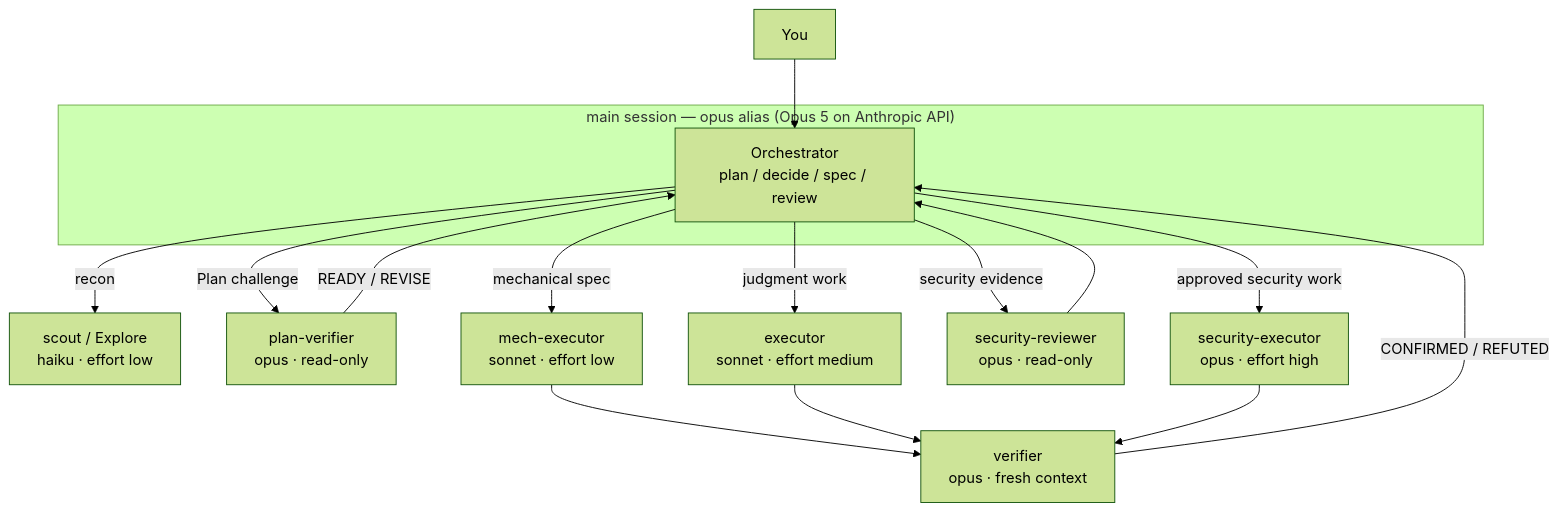
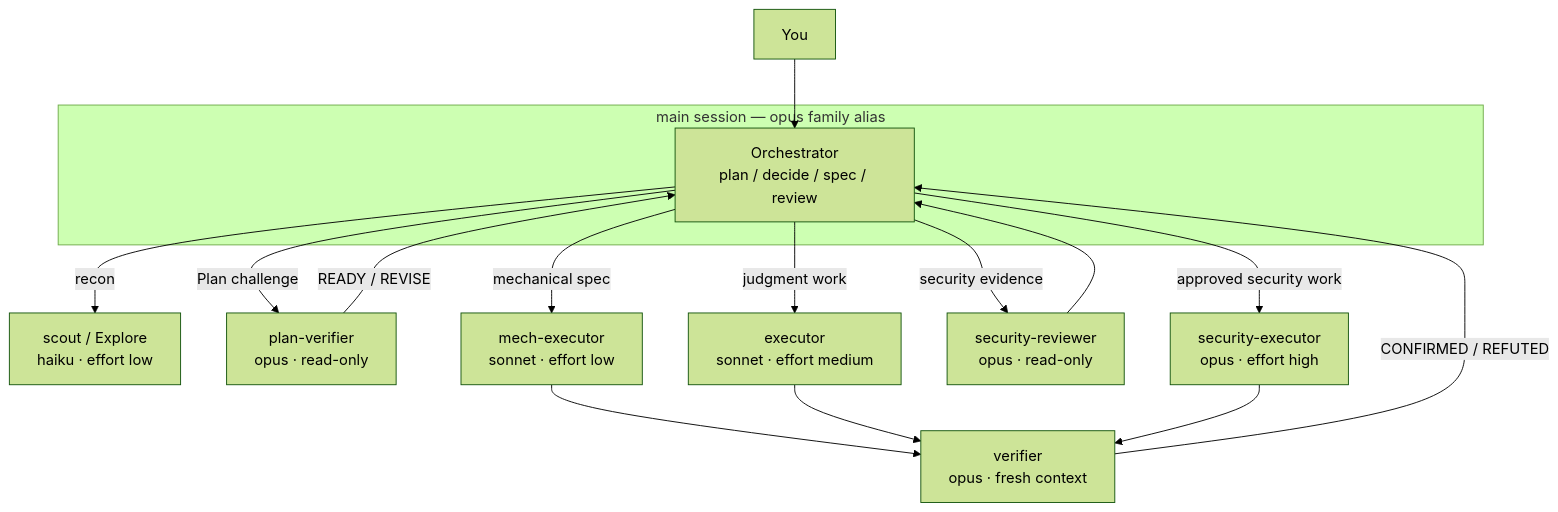
The diagram in README.md (Nanako0129/pilotfish), drawn with Mermaid (forest theme) before and after one commit. The commit also changed other lines of this file and 9 other files, not shown here.

First line of the commit message:
docs(config): bound Opus alias routing claims

````diff
--- a/README.md
+++ b/README.md
@@ -62,19 +62,19 @@
 ```mermaid
 flowchart TD
     U[You] --> O
-    subgraph MAIN["main session — opus alias (Opus 5 on Anthropic API)"]
+    subgraph MAIN["main session — opus family alias"]
         O["Orchestrator<br>plan / decide / spec / review"]
     end
     O -->|recon| S["scout / Explore<br>haiku · effort low"]
     O -->|Plan challenge| PV["plan-verifier<br>opus · read-only"]
     PV -->|READY / REVISE| O
     O -->|mechanical spec| M["mech-executor<br>sonnet · effort low"]
     O -->|judgment work| E["executor<br>sonnet · effort medium"]
     O -->|security evidence| SR["security-reviewer<br>opus · read-only"]
     SR --> O
     O -->|approved security work| SEC["security-executor<br>opus · effort high"]
     M --> V["verifier<br>opus · fresh context"]
     E --> V
     SEC --> V
     V -->|CONFIRMED / REFUTED| O
 ```
````
